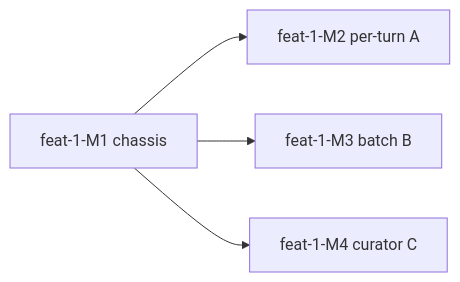
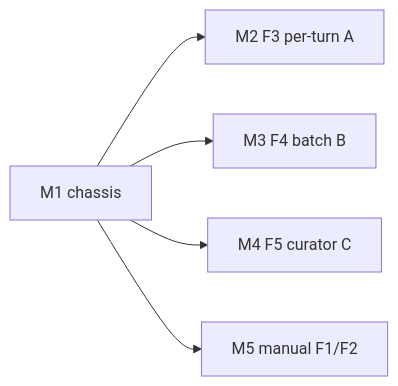
The fourth of 4 diagrams in docs/changes/feat-1-skill-self-evolution/design.md (Mrchen116/skill-evolution), drawn with Mermaid before and after one commit. The commit also changed other lines of this file and 1 other file, not shown here.

First line of the commit message:
feat-1: 重构 spec/design 为 5-feature 模型 + 补 4 张设计图

````diff
--- a/docs/changes/feat-1-skill-self-evolution/design.md
+++ b/docs/changes/feat-1-skill-self-evolution/design.md
@@ -291,6 +430,7 @@
 ```mermaid
 graph LR
-  M1[feat-1-M1 chassis] --> M2[feat-1-M2 per-turn A]
-  M1 --> M3[feat-1-M3 batch B]
-  M1 --> M4[feat-1-M4 curator C]
+  M1[M1 chassis] --> M2[M2 F3 per-turn A]
+  M1 --> M3[M3 F4 batch B]
+  M1 --> M4[M4 F5 curator C]
+  M1 --> M5[M5 manual F1/F2]
 ```
````
